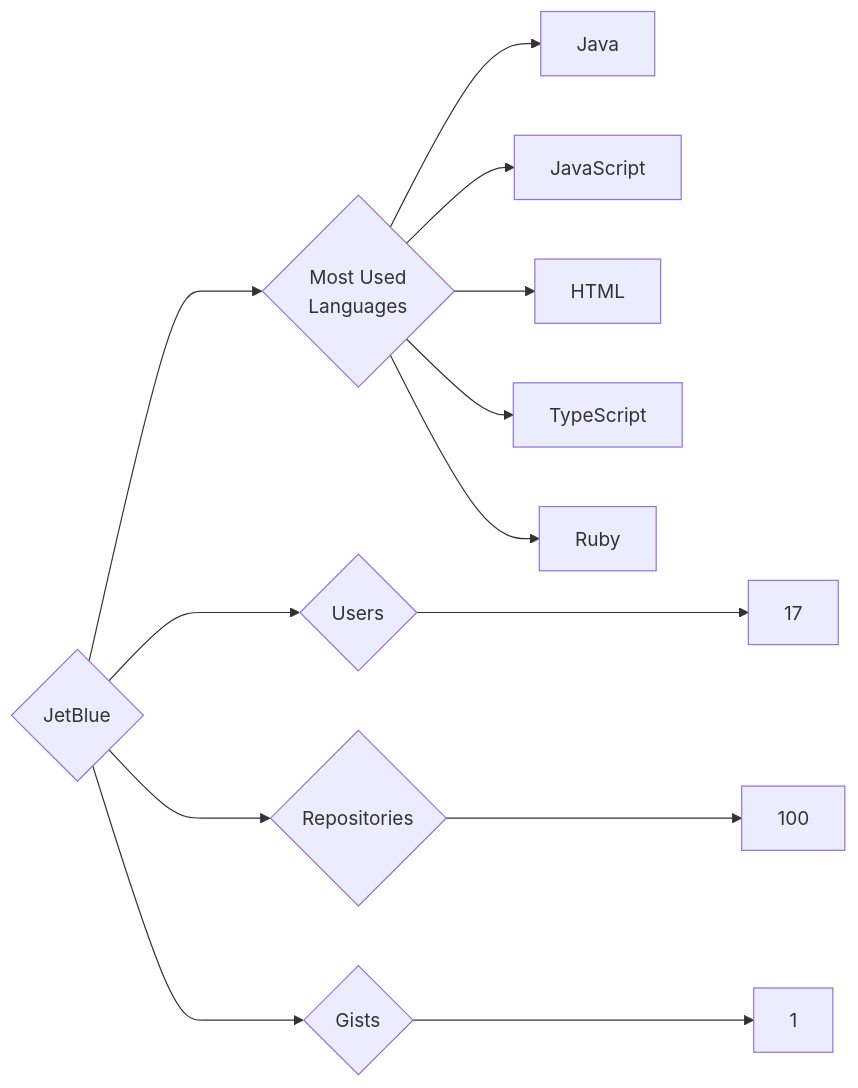
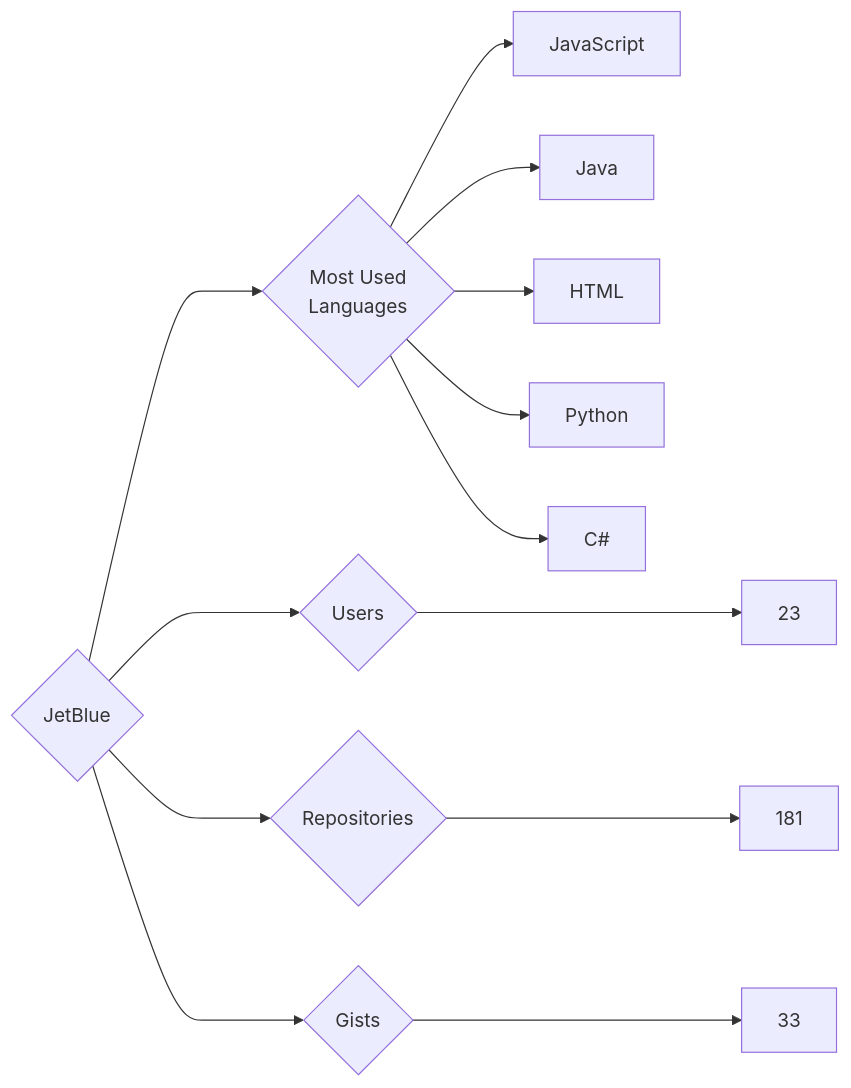
One commit to trickest/insiders changed the diagram in targets/JetBlue/README.md. Above: the diagram before and after it, drawn with Mermaid. The commit also changed 736 other files, not shown here.

````diff
--- a/targets/JetBlue/README.md
+++ b/targets/JetBlue/README.md
@@ -3,13 +3,13 @@
 ```mermaid
 graph LR
 COMPANY_NAME{JetBlue}
-COMPANY_NAME ---> U{Users} ---> UN[17]
-COMPANY_NAME ---> R{Repositories} ---> RN[100]
-COMPANY_NAME ---> G{Gists} ---> GN[1]
+COMPANY_NAME ---> U{Users} ---> UN[23]
+COMPANY_NAME ---> R{Repositories} ---> RN[181]
+COMPANY_NAME ---> G{Gists} ---> GN[33]
 COMPANY_NAME ---> ML{Most Used<br>Languages}
+ML --> JavaScript[JavaScript]
 ML --> Java[Java]
-ML --> JavaScript[JavaScript]
 ML --> HTML[HTML]
-ML --> TypeScript[TypeScript]
-ML --> Ruby[Ruby]
+ML --> Python[Python]
+ML --> C#[C#]
 ```
````
